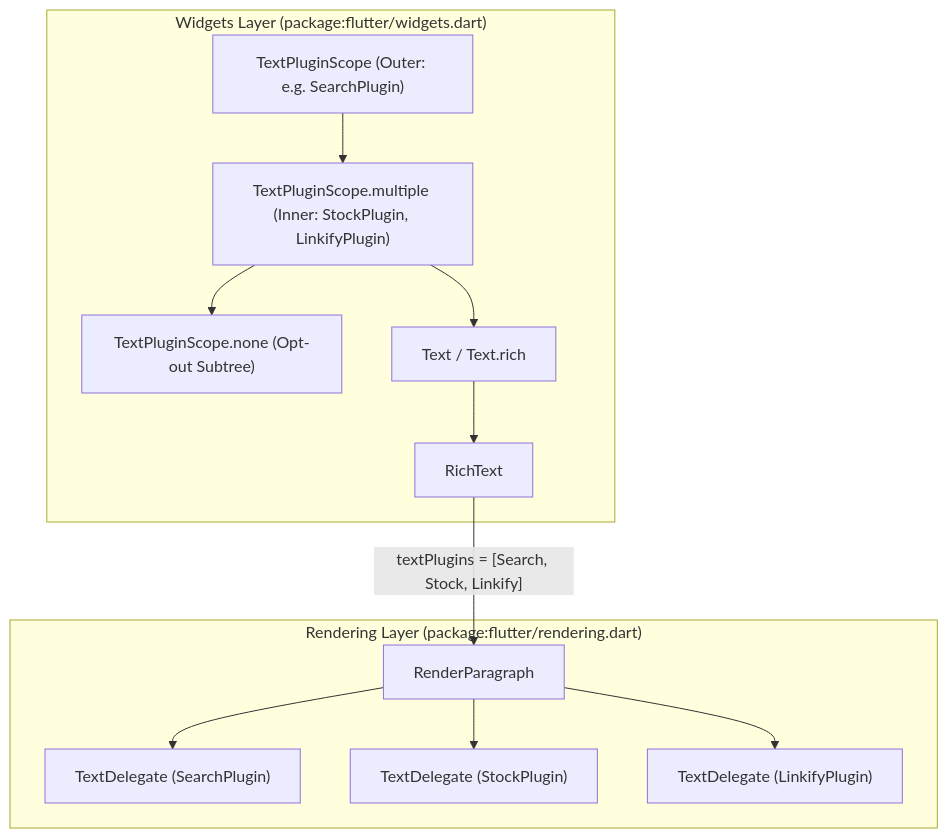
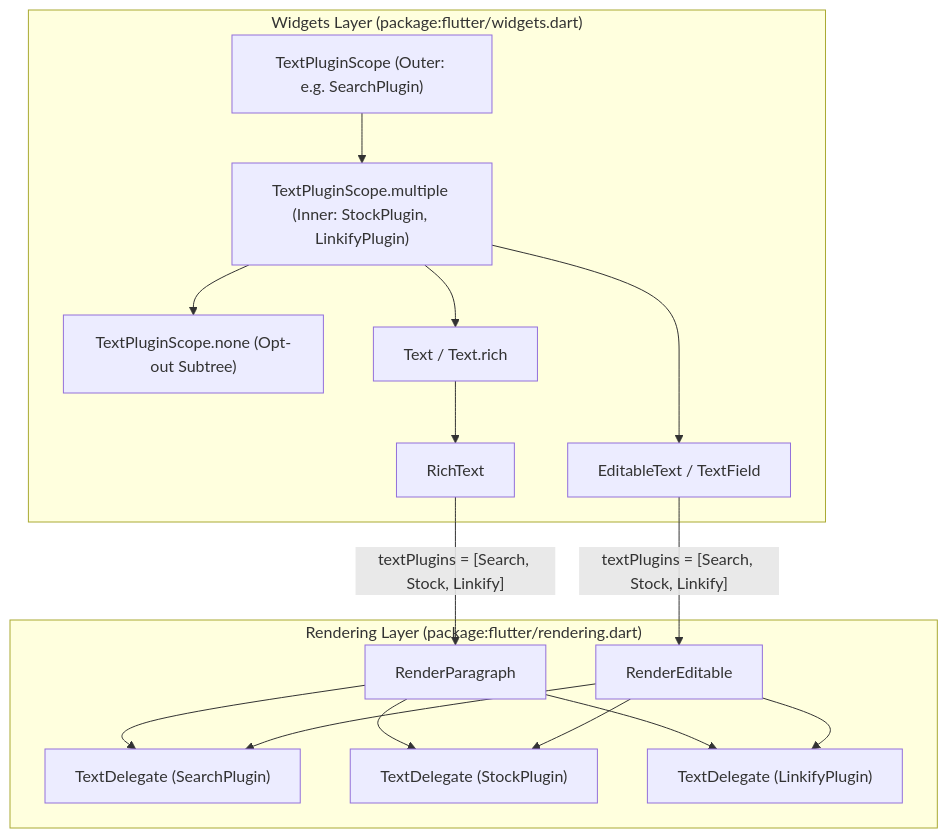
The first of 4 diagrams in text_plugins_design_doc.md (hannah-hyj/flutter), drawn with Mermaid before and after one commit. The commit also changed other lines of this file and 8 other files, not shown here.

Commit message:
editable text

````diff
--- a/text_plugins_design_doc.md
+++ b/text_plugins_design_doc.md
@@ -48,26 +48,33 @@
 ```mermaid
 graph TD
     subgraph Widgets["Widgets Layer (package:flutter/widgets.dart)"]
         ScopeOuter["TextPluginScope (Outer: e.g. SearchPlugin)"]
         ScopeInner["TextPluginScope.multiple (Inner: StockPlugin, LinkifyPlugin)"]
         ScopeNone["TextPluginScope.none (Opt-out Subtree)"]
         TextWidget["Text / Text.rich"]
         RichTextWidget["RichText"]
+        EditableWidget["EditableText / TextField"]
     end
 
     subgraph Rendering["Rendering Layer (package:flutter/rendering.dart)"]
         RP["RenderParagraph"]
+        RE["RenderEditable"]
         TD1["TextDelegate (SearchPlugin)"]
         TD2["TextDelegate (StockPlugin)"]
         TD3["TextDelegate (LinkifyPlugin)"]
     end
 
     ScopeOuter --> ScopeInner
     ScopeInner --> TextWidget
+    ScopeInner --> EditableWidget
     ScopeInner --> ScopeNone
     TextWidget --> RichTextWidget
     RichTextWidget -->|"textPlugins = [Search, Stock, Linkify]"| RP
+    EditableWidget -->|"textPlugins = [Search, Stock, Linkify]"| RE
     RP --> TD1
+    RE --> TD1
     RP --> TD2
+    RE --> TD2
     RP --> TD3
+    RE --> TD3
 ```
````
